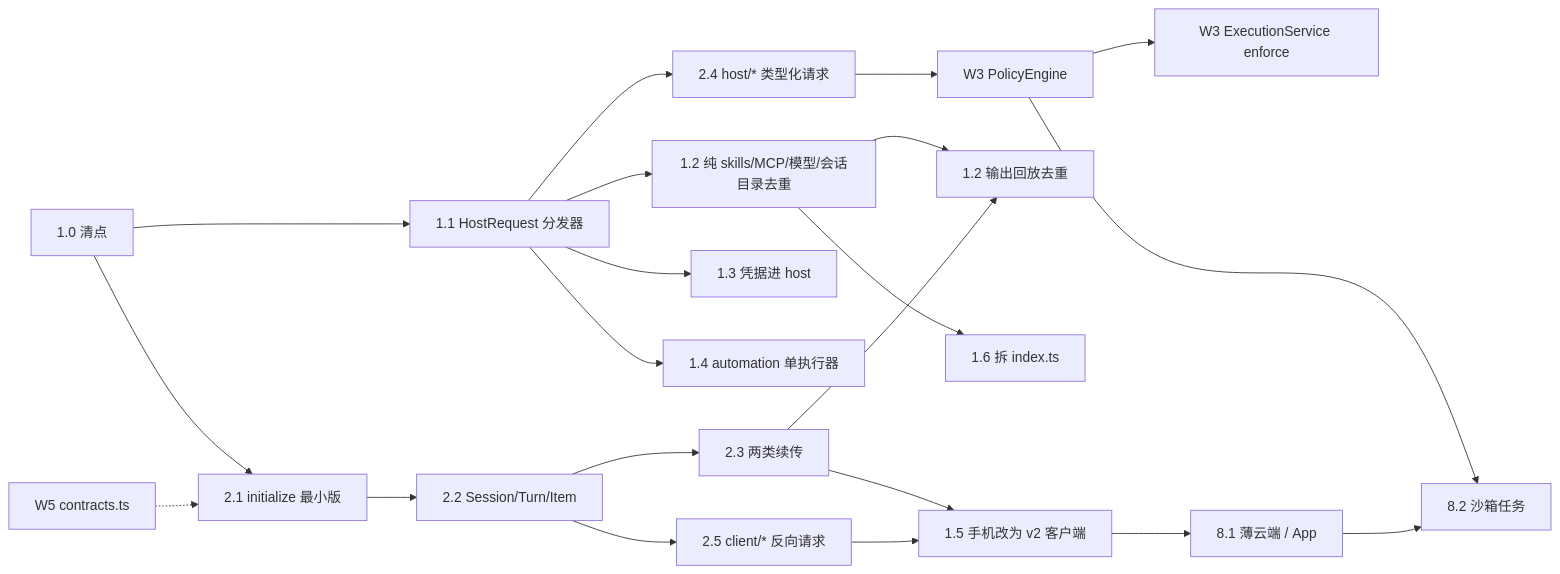
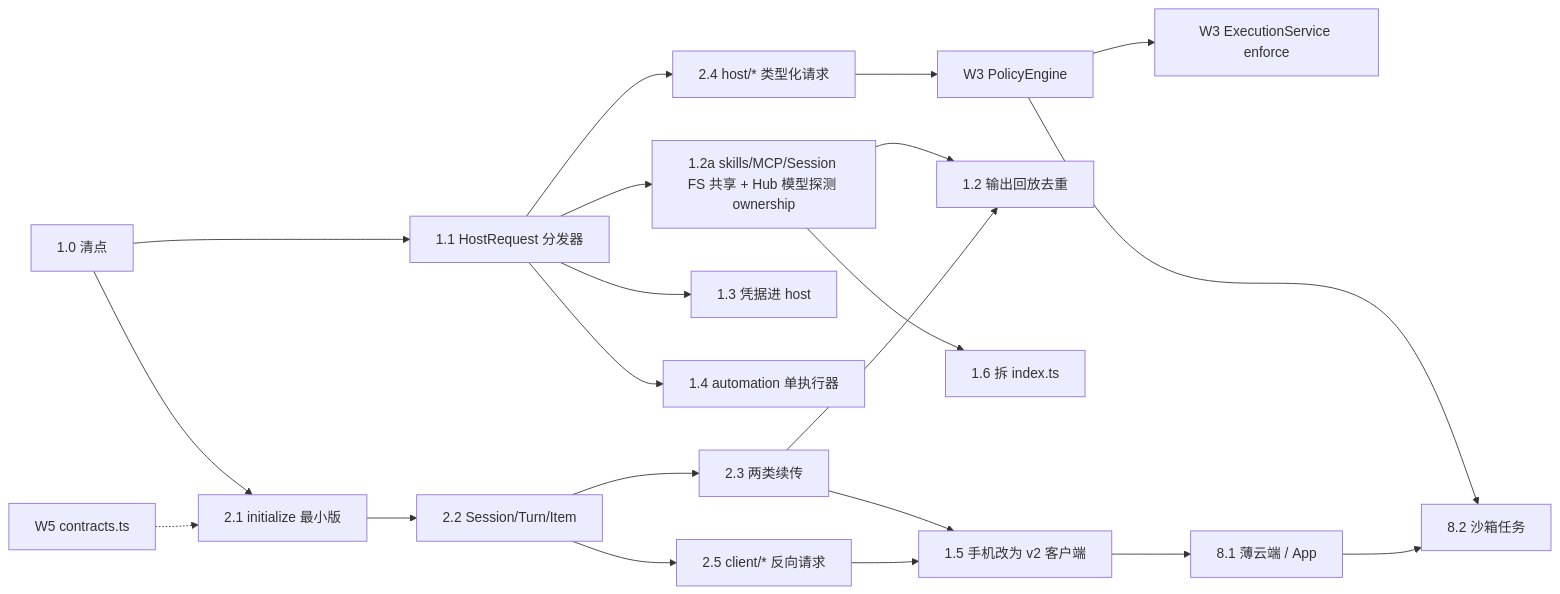
One commit to cjhyy/codeshell changed the diagram in docs/architecture/16-platform-consolidation.md. Above: the diagram before and after it, drawn with Mermaid. The commit also changed other lines of this file and 6 other files, not shown here.

````diff
--- a/docs/architecture/16-platform-consolidation.md
+++ b/docs/architecture/16-platform-consolidation.md
@@ -562,23 +564,23 @@
 ```mermaid
 flowchart LR
     S10["1.0 清点"] --> S11["1.1 HostRequest 分发器"]
     S10 --> W21["2.1 initialize 最小版"]
     S11 --> W24["2.4 host/* 类型化请求"]
     W21 --> W22["2.2 Session/Turn/Item"]
     W22 --> W23["2.3 两类续传"]
     W22 --> W25["2.5 client/* 反向请求"]
-    S11 --> S12["1.2 纯 skills/MCP/模型/会话目录去重"]
+    S11 --> S12["1.2a skills/MCP/Session FS 共享 + Hub 模型探测 ownership"]
     W23 --> Replay["1.2 输出回放去重"]
     S12 --> Replay
     S11 --> S13["1.3 凭据进 host"]
     S11 --> S14["1.4 automation 单执行器"]
     W23 --> S15["1.5 手机改为 v2 客户端"]
     W25 --> S15
     S15 --> W61["8.1 薄云端 / App"]
     W61 --> W62["8.2 沙箱任务"]
     S12 --> S16["1.6 拆 index.ts"]
     W24 --> W31["W3 PolicyEngine"]
     W31 --> W32["W3 ExecutionService enforce"]
     W31 --> W62
     W5["W5 contracts.ts"] -.-> W21
 ```
````
